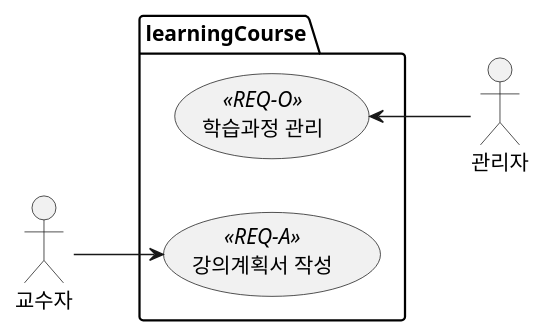
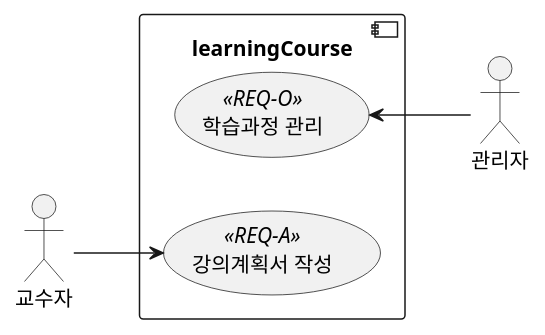
Before and after one commit to ohhoonim/lms: the first of 7 diagrams in README.md, drawn with PlantUML. The commit also changed other lines of this file and 15 other files, not shown here.

````diff
--- a/README.md
+++ b/README.md
@@ -5,15 +7,15 @@
 ```plantuml
 @startuml
 left to right direction
 :교수자: as professor
 :관리자: as manager
 
-package learningCourse {
+component learningCourse {
     (강의계획서 작성) as req_a <<REQ-A>>
     (학습과정 관리) as req_o <<REQ-O>>
 
 }
 professor --> req_a
 manager -up-> req_o
 @enduml
 ```
````
